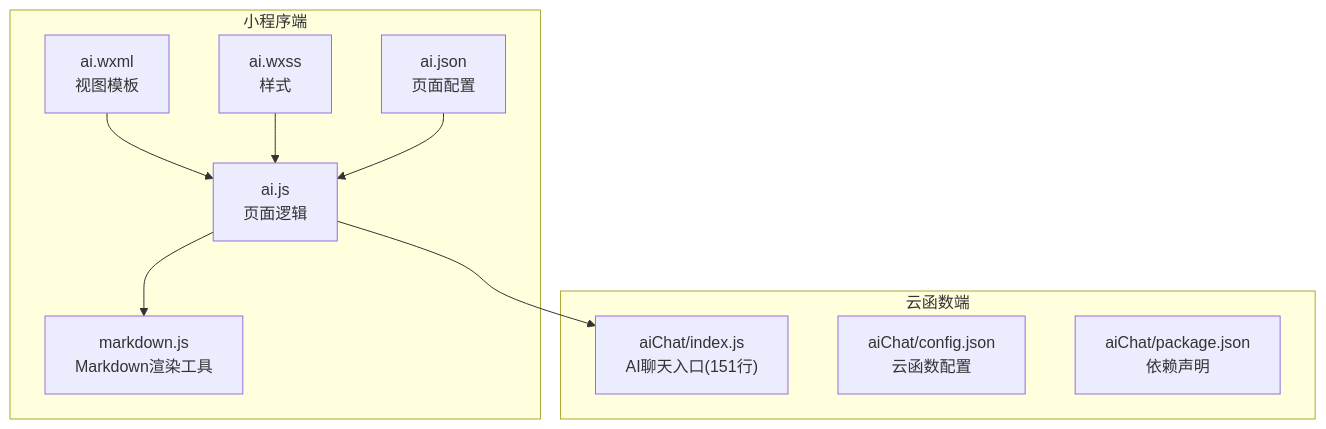
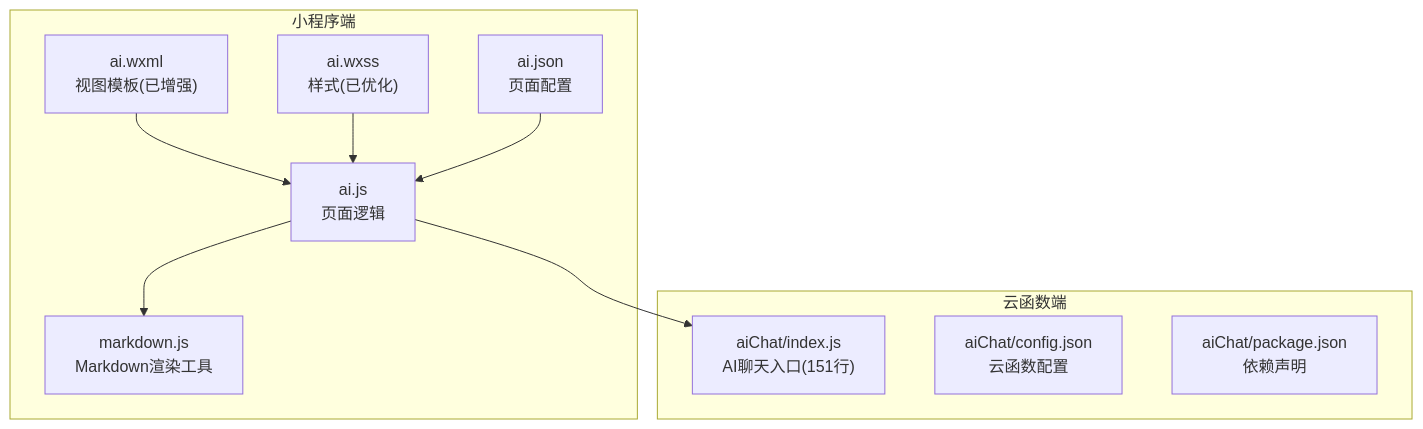
One commit to cwb7756/bio changed the first of 9 diagrams in .qoder/repowiki/zh/content/核心功能模块/AI智能助手.md. Above: the diagram before and after it, drawn with Mermaid. The commit also changed other lines of this file and 98 other files, not shown here.

````diff
--- a/.qoder/repowiki/zh/content/核心功能模块/AI智能助手.md
+++ b/.qoder/repowiki/zh/content/核心功能模块/AI智能助手.md
@@ -50,20 +50,20 @@
 ```mermaid
 graph TB
 subgraph "小程序端"
 A["ai.js<br/>页面逻辑"]
-B["ai.wxml<br/>视图模板"]
-C["ai.wxss<br/>样式"]
+B["ai.wxml<br/>视图模板(已增强)"]
+C["ai.wxss<br/>样式(已优化)"]
 D["ai.json<br/>页面配置"]
 E["markdown.js<br/>Markdown渲染工具"]
 end
 subgraph "云函数端"
 F["aiChat/index.js<br/>AI聊天入口(151行)"]
 G["aiChat/config.json<br/>云函数配置"]
 H["aiChat/package.json<br/>依赖声明"]
 end
 A --> F
 B --> A
 C --> A
 D --> A
 A --> E
 ```
````
